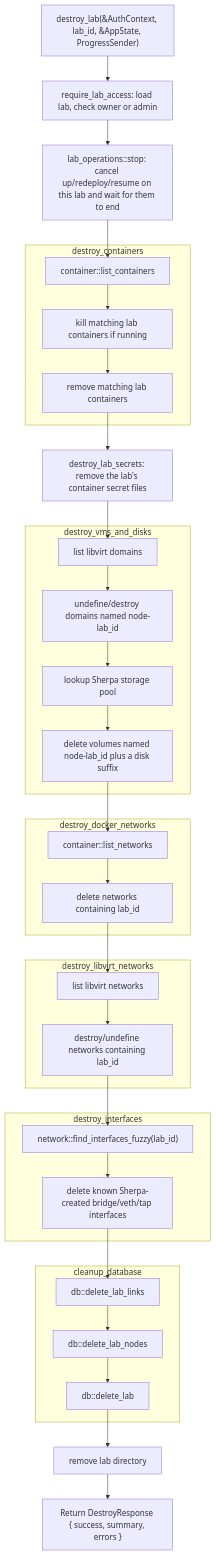
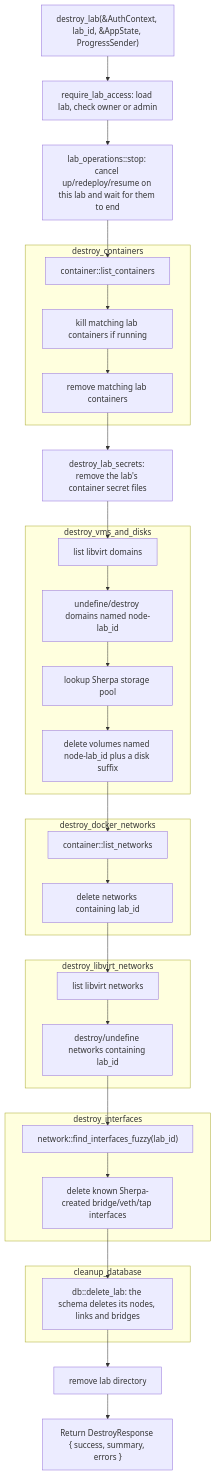
Diagram 15 of 26 in docs/architecture/SERVER.md (bwks/sherpa), drawn with Mermaid before and after one commit. The commit also changed other lines of this file and 165 other files, not shown here.

````diff
--- a/docs/architecture/SERVER.md
+++ b/docs/architecture/SERVER.md
@@ -557,32 +559,32 @@
 ```mermaid
 flowchart TB
     destroylab["destroy_lab(&AuthContext, lab_id, &AppState, ProgressSender)"] --> access["require_lab_access: load lab, check owner or admin"]
     access --> stopops["lab_operations::stop: cancel up/redeploy/resume on this lab and wait for them to end"]
     stopops --> listcontainers
     subgraph containers["destroy_containers"]
         listcontainers["container::list_containers"] --> kill["kill matching lab containers if running"] --> removecontainers["remove matching lab containers"]
     end
     removecontainers --> secrets["destroy_lab_secrets: remove the lab's container secret files"]
     secrets --> listdomains
     subgraph vms["destroy_vms_and_disks"]
         listdomains["list libvirt domains"] --> undefine["undefine/destroy domains named node-lab_id"] --> pool["lookup Sherpa storage pool"] --> volumes["delete volumes named node-lab_id plus a disk suffix"]
     end
     volumes --> listnetworks
     subgraph dockernets["destroy_docker_networks"]
         listnetworks["container::list_networks"] --> deletenetworks["delete networks containing lab_id"]
     end
     deletenetworks --> listlibvirtnets
     subgraph libvirtnets["destroy_libvirt_networks"]
         listlibvirtnets["list libvirt networks"] --> undefinenets["destroy/undefine networks containing lab_id"]
     end
     undefinenets --> findifaces
     subgraph interfaces["destroy_interfaces"]
         findifaces["network::find_interfaces_fuzzy(lab_id)"] --> deleteifaces["delete known Sherpa-created bridge/veth/tap interfaces"]
     end
-    deleteifaces --> deletelinks
+    deleteifaces --> deletelab
     subgraph database["cleanup_database"]
-        deletelinks["db::delete_lab_links"] --> deletenodes["db::delete_lab_nodes"] --> deletelab["db::delete_lab"]
+        deletelab["db::delete_lab: the schema deletes its nodes, links and bridges"]
     end
     deletelab --> removedir["remove lab directory"]
     removedir --> response["Return DestroyResponse { success, summary, errors }"]
 ```
````
